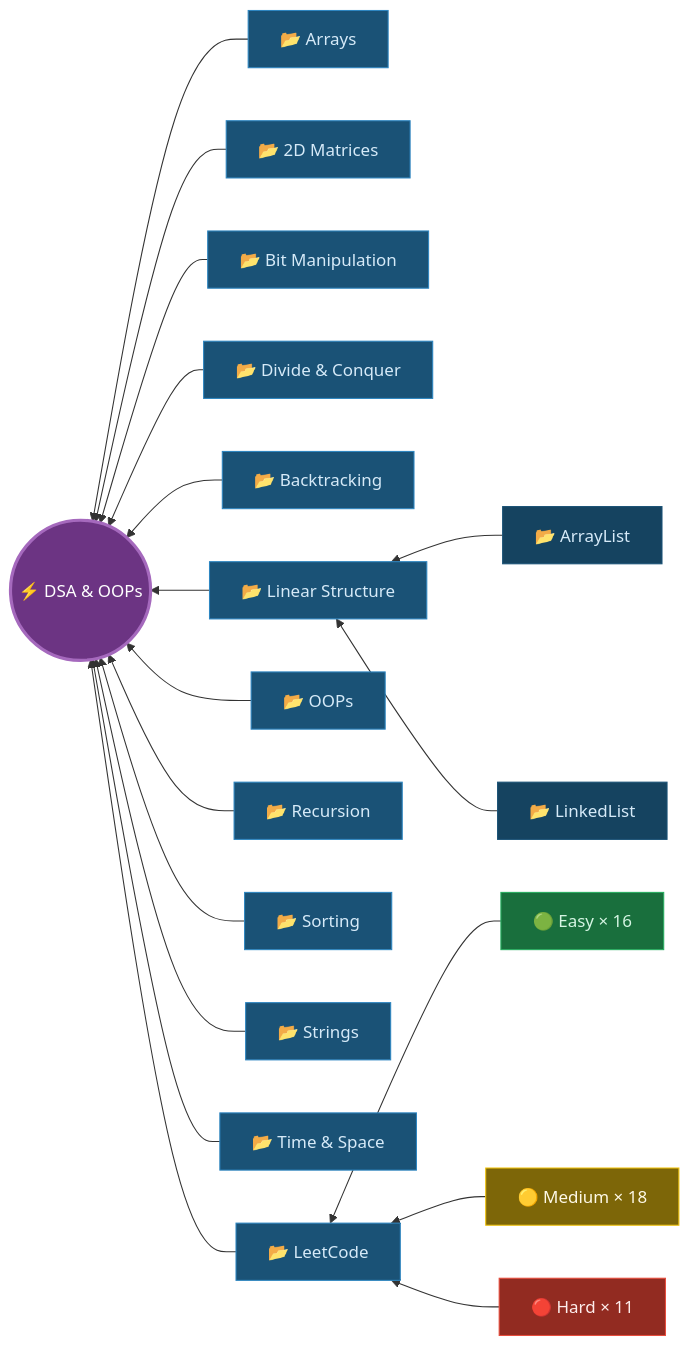
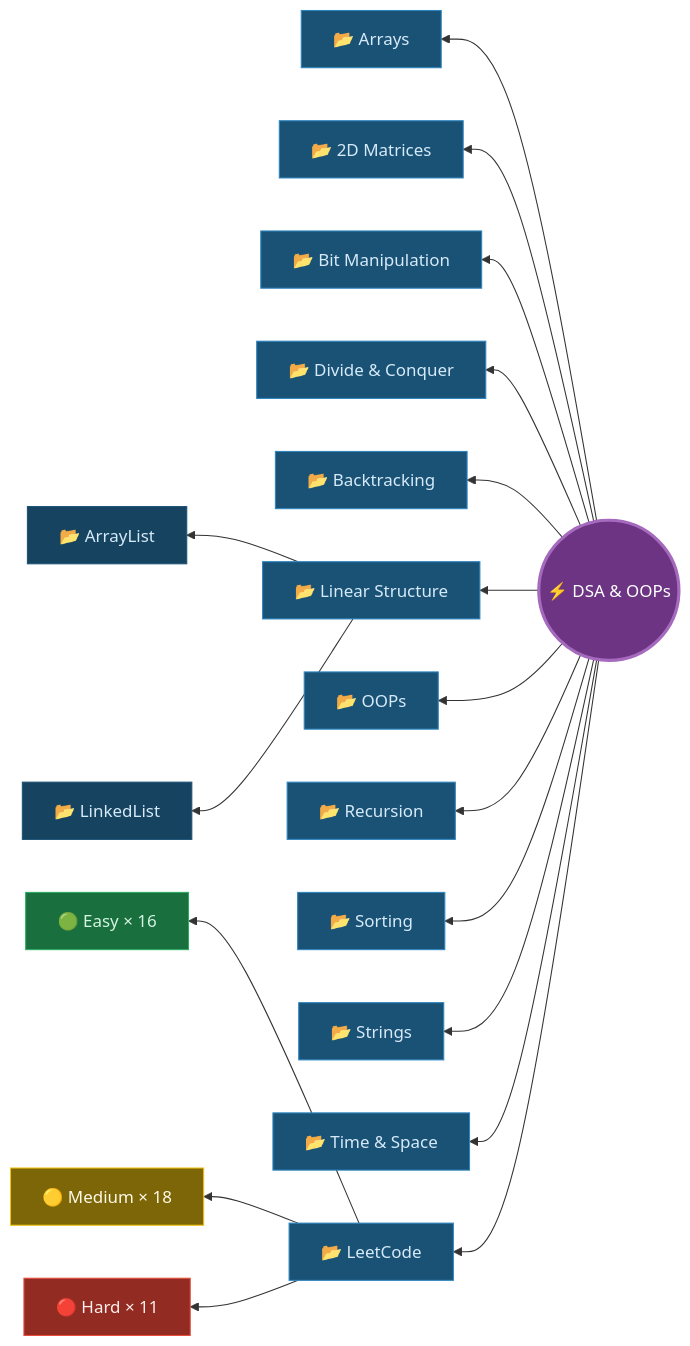
The second of 2 diagrams in README.md (raghuvanshi-sec/DSA), drawn with Mermaid before and after one commit.

Commit message:
refactor: update Mermaid graph structure in README to improve directional flow

````diff
--- a/README.md
+++ b/README.md
@@ -82,43 +82,43 @@
 ```mermaid
 graph RL
     R(("⚡ DSA & OOPs"))
 
-    A["📂 Arrays"] --> R
-    M["📂 2D Matrices"] --> R
-    B["📂 Bit Manipulation"] --> R
-    DC["📂 Divide & Conquer"] --> R
-    BK["📂 Backtracking"] --> R
-    LS["📂 Linear Structure"] --> R
-    O["📂 OOPs"] --> R
-    REC["📂 Recursion"] --> R
-    S["📂 Sorting"] --> R
-    ST["📂 Strings"] --> R
-    TS["📂 Time & Space"] --> R
-    LC["📂 LeetCode"] --> R
+    R --> A["📂 Arrays"]
+    R --> M["📂 2D Matrices"]
+    R --> B["📂 Bit Manipulation"]
+    R --> DC["📂 Divide & Conquer"]
+    R --> BK["📂 Backtracking"]
+    R --> LS["📂 Linear Structure"]
+    R --> O["📂 OOPs"]
+    R --> REC["📂 Recursion"]
+    R --> S["📂 Sorting"]
+    R --> ST["📂 Strings"]
+    R --> TS["📂 Time & Space"]
+    R --> LC["📂 LeetCode"]
 
-    AL["📂 ArrayList"] --> LS
-    LL["📂 LinkedList"] --> LS
+    LS --> AL["📂 ArrayList"]
+    LS --> LL["📂 LinkedList"]
 
-    E["🟢 Easy × 16"] --> LC
-    MD["🟡 Medium × 18"] --> LC
-    H["🔴 Hard × 11"] --> LC
+    LC --> E["🟢 Easy × 16"]
+    LC --> MD["🟡 Medium × 18"]
+    LC --> H["🔴 Hard × 11"]
 
     style R fill:#6c3483,stroke:#a569bd,stroke-width:3px,color:#fff
     style A fill:#1a5276,stroke:#2e86c1,color:#d6eaf8
     style M fill:#1a5276,stroke:#2e86c1,color:#d6eaf8
     style B fill:#1a5276,stroke:#2e86c1,color:#d6eaf8
     style DC fill:#1a5276,stroke:#2e86c1,color:#d6eaf8
     style BK fill:#1a5276,stroke:#2e86c1,color:#d6eaf8
     style LS fill:#1a5276,stroke:#2e86c1,color:#d6eaf8
     style AL fill:#154360,stroke:#1a5276,color:#d6eaf8
     style LL fill:#154360,stroke:#1a5276,color:#d6eaf8
     style O fill:#1a5276,stroke:#2e86c1,color:#d6eaf8
     style REC fill:#1a5276,stroke:#2e86c1,color:#d6eaf8
     style S fill:#1a5276,stroke:#2e86c1,color:#d6eaf8
     style ST fill:#1a5276,stroke:#2e86c1,color:#d6eaf8
     style TS fill:#1a5276,stroke:#2e86c1,color:#d6eaf8
     style LC fill:#1a5276,stroke:#2e86c1,color:#d6eaf8
     style E fill:#196f3d,stroke:#27ae60,color:#d5f5e3
     style MD fill:#7d6608,stroke:#f1c40f,color:#fef9e7
     style H fill:#922b21,stroke:#e74c3c,color:#fdedec
 ```
````
